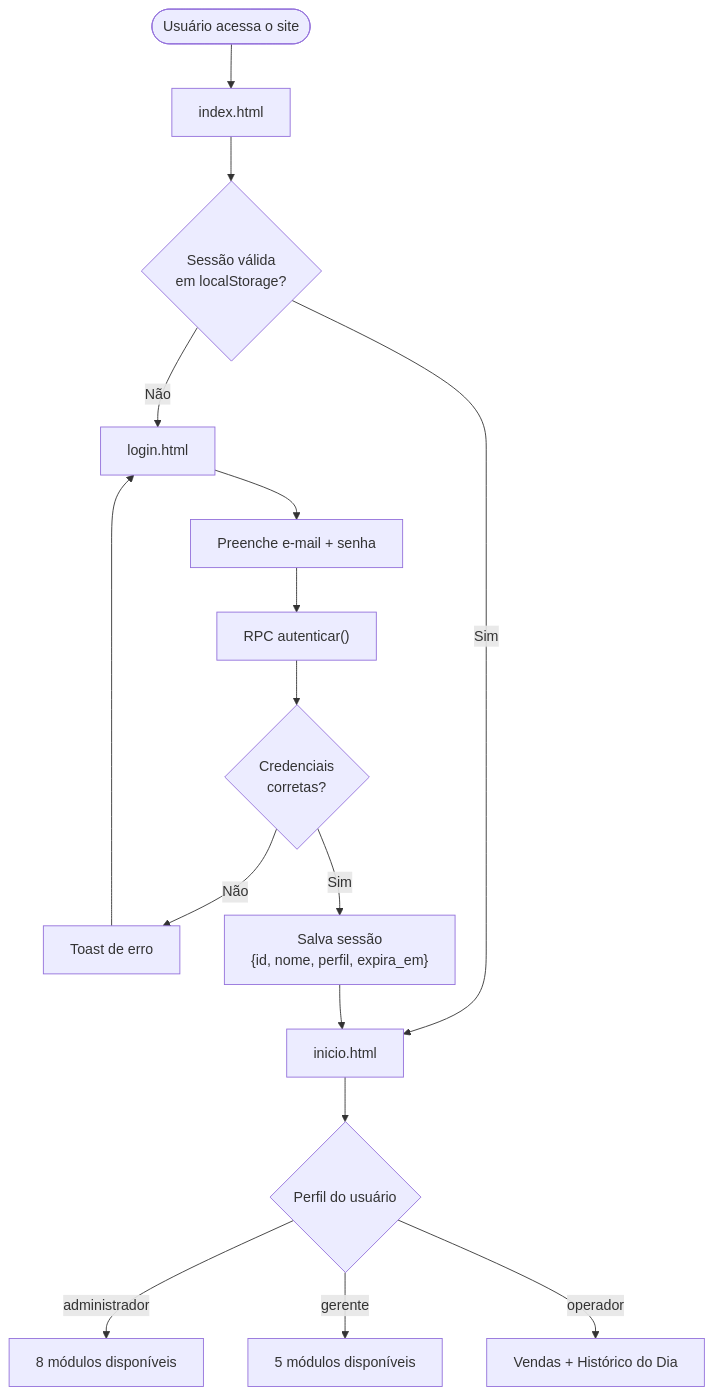
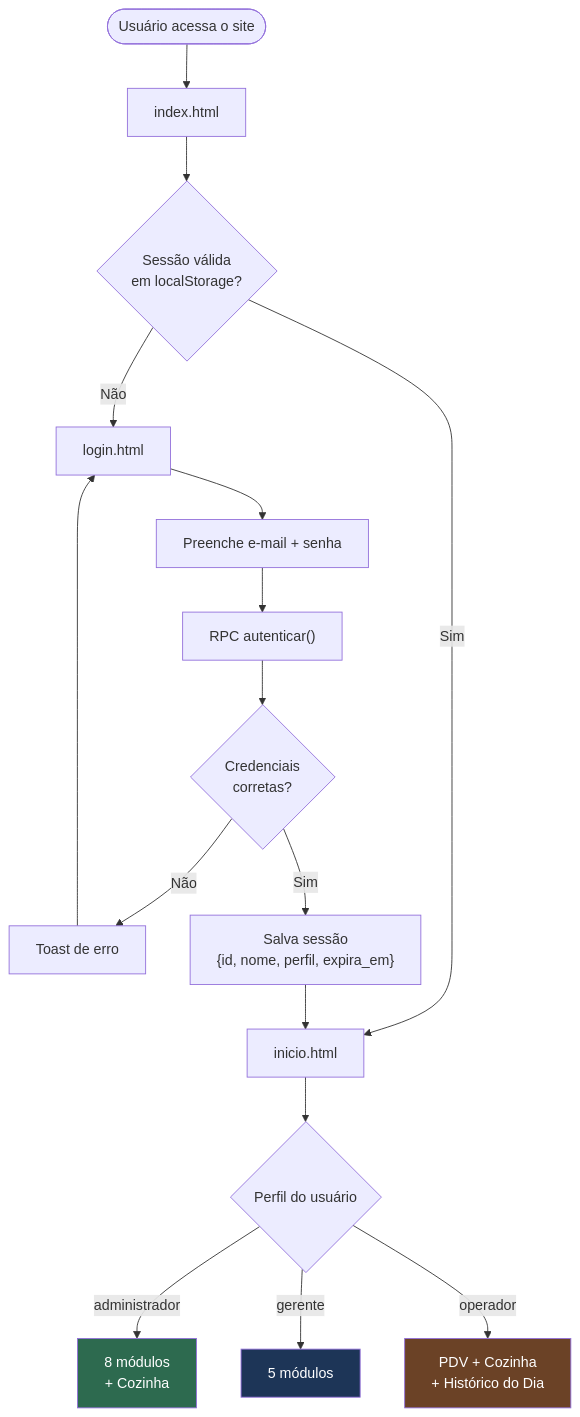
One commit to WilsonLucas/gestao_comercial changed the second of 6 diagrams in README.md. Above: the diagram before and after it, drawn with Mermaid. The commit also changed other lines of this file and 1 other file, not shown here.

First line of the commit message:
docs: atualiza toda documentação — Cozinha, RPCs v2, segurança e perfis corretos

````diff
--- a/README.md
+++ b/README.md
@@ -74,21 +82,25 @@
 ```mermaid
 flowchart TD
     A([Usuário acessa o site]) --> B[index.html]
     B --> C{Sessão válida\nem localStorage?}
     C -->|Não| D[login.html]
     C -->|Sim| E[inicio.html]
 
     D --> F[Preenche e-mail + senha]
     F --> G["RPC autenticar()"]
     G --> H{Credenciais\ncorretas?}
     H -->|Não| I[Toast de erro]
     H -->|Sim| J["Salva sessão\n{id, nome, perfil, expira_em}"]
     J --> E
 
     E --> K{Perfil do usuário}
-    K -->|administrador| L[8 módulos disponíveis]
-    K -->|gerente| M[5 módulos disponíveis]
-    K -->|operador| N[Vendas + Histórico do Dia]
+    K -->|administrador| L["8 módulos\n+ Cozinha"]
+    K -->|gerente| M["5 módulos"]
+    K -->|operador| N["PDV + Cozinha\n+ Histórico do Dia"]
 
     I --> D
+
+    style L fill:#2d6a4f,color:#fff
+    style M fill:#1d3557,color:#fff
+    style N fill:#6b4226,color:#fff
 ```
````
